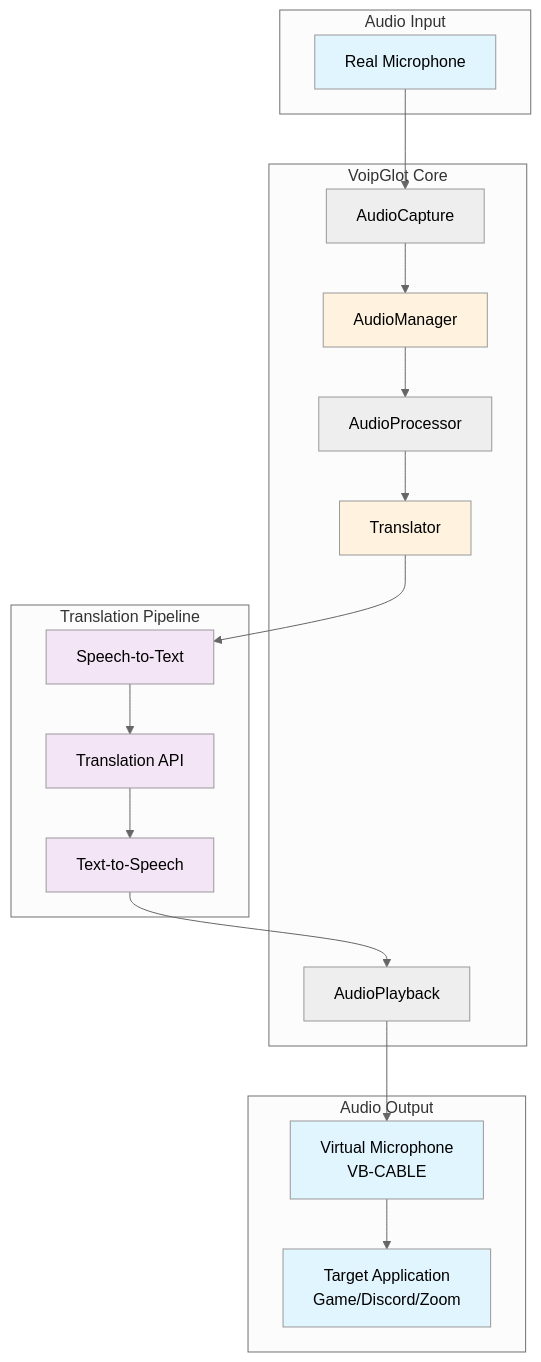
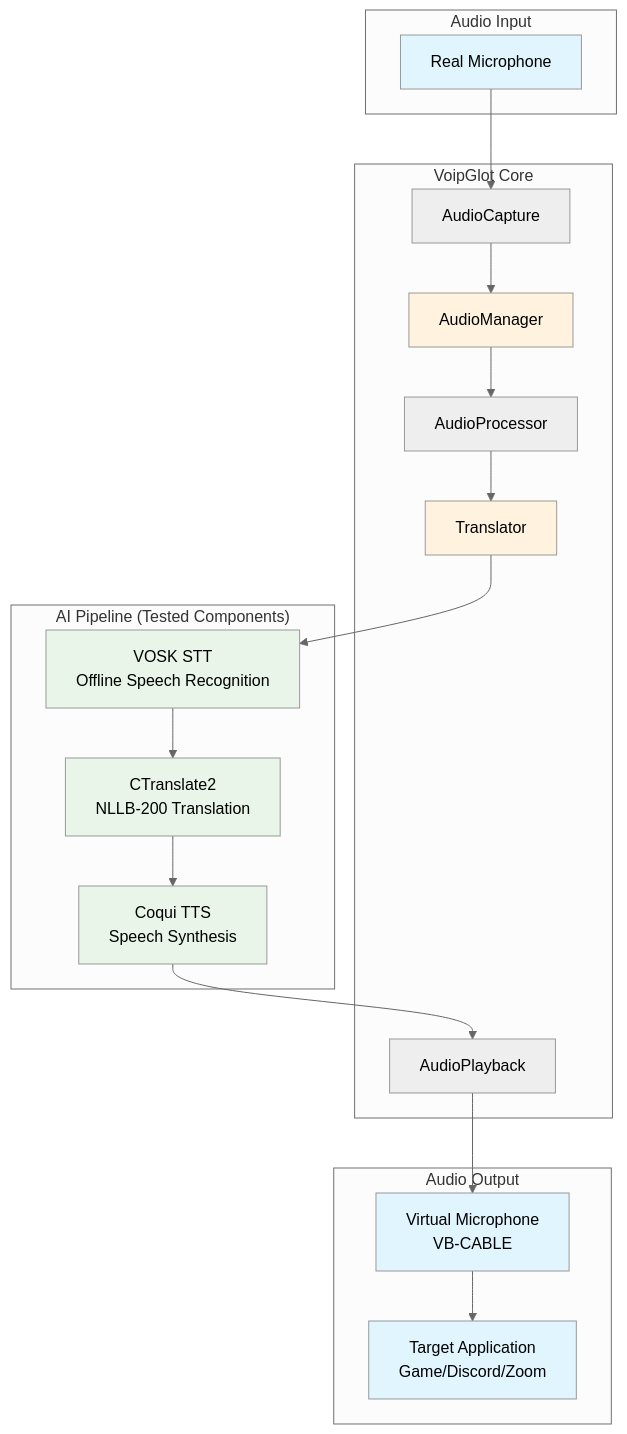
One commit to irakr/voipglot-win changed the first of 4 diagrams in docs/architecture.md. Above: the diagram before and after it, drawn with Mermaid (neutral theme). The commit also changed other lines of this file and 5 other files, not shown here.

````diff
--- a/docs/architecture.md
+++ b/docs/architecture.md
@@ -5,45 +5,45 @@
 ```mermaid
 graph TB
     subgraph "Audio Input"
         MIC[Real Microphone]
     end
     
     subgraph "VoipGlot Core"
         AM[AudioManager]
         AC[AudioCapture]
         AP[AudioPlayback]
         AProc[AudioProcessor]
         TR[Translator]
     end
     
-    subgraph "Translation Pipeline"
-        STT[Speech-to-Text]
-        TRANS[Translation API]
-        TTS[Text-to-Speech]
+    subgraph "AI Pipeline (Tested Components)"
+        STT[VOSK STT<br/>Offline Speech Recognition]
+        TRANS[CTranslate2<br/>NLLB-200 Translation]
+        TTS[Coqui TTS<br/>Speech Synthesis]
     end
     
     subgraph "Audio Output"
         VM[Virtual Microphone<br/>VB-CABLE]
         APP[Target Application<br/>Game/Discord/Zoom]
     end
     
     MIC --> AC
     AC --> AM
     AM --> AProc
     AProc --> TR
     TR --> STT
     STT --> TRANS
     TRANS --> TTS
     TTS --> AP
     AP --> VM
     VM --> APP
     
     style MIC fill:#e1f5fe
     style VM fill:#e1f5fe
     style APP fill:#e1f5fe
     style AM fill:#fff3e0
     style TR fill:#fff3e0
-    style STT fill:#f3e5f5
-    style TRANS fill:#f3e5f5
-    style TTS fill:#f3e5f5
+    style STT fill:#e8f5e8
+    style TRANS fill:#e8f5e8
+    style TTS fill:#e8f5e8
 ```
````
